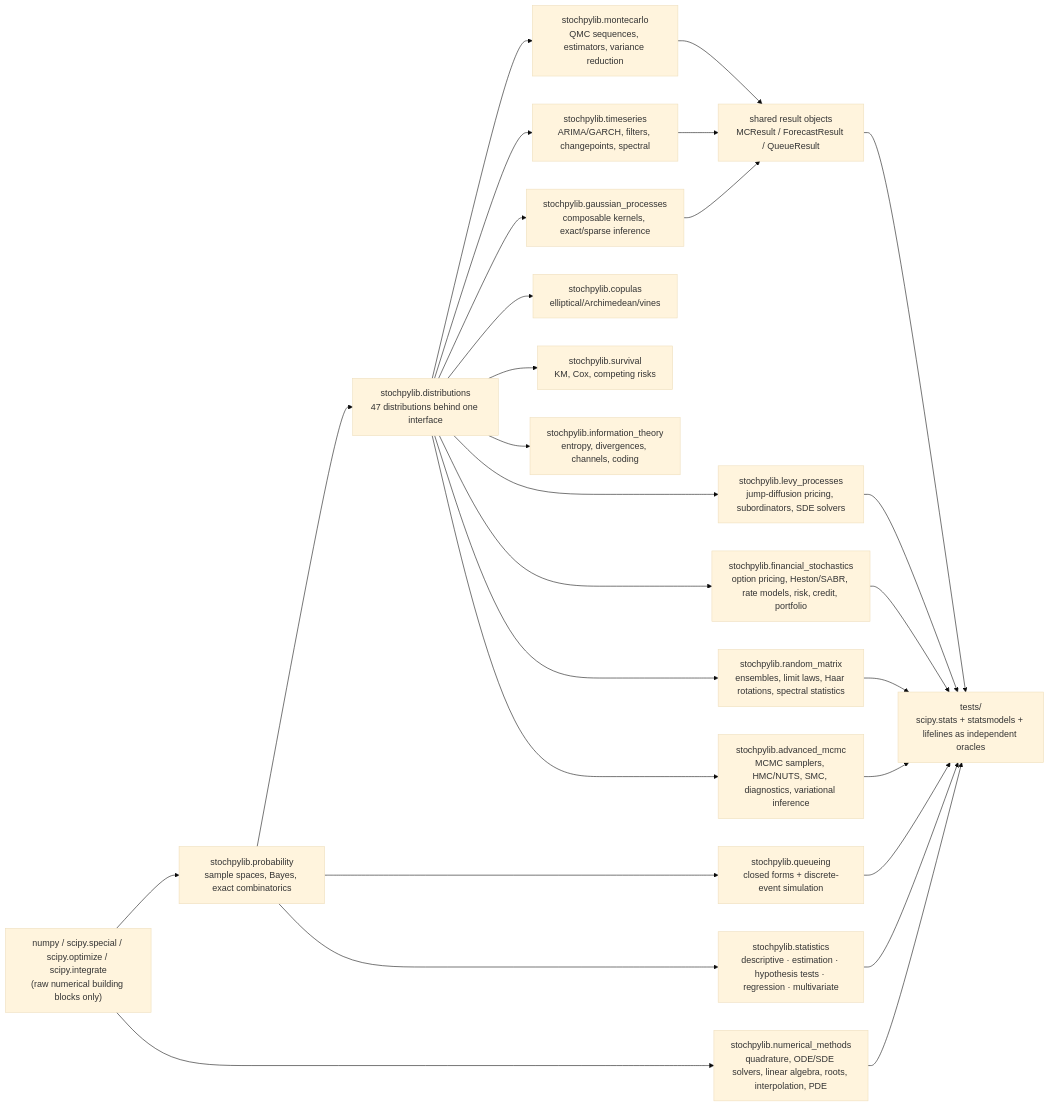
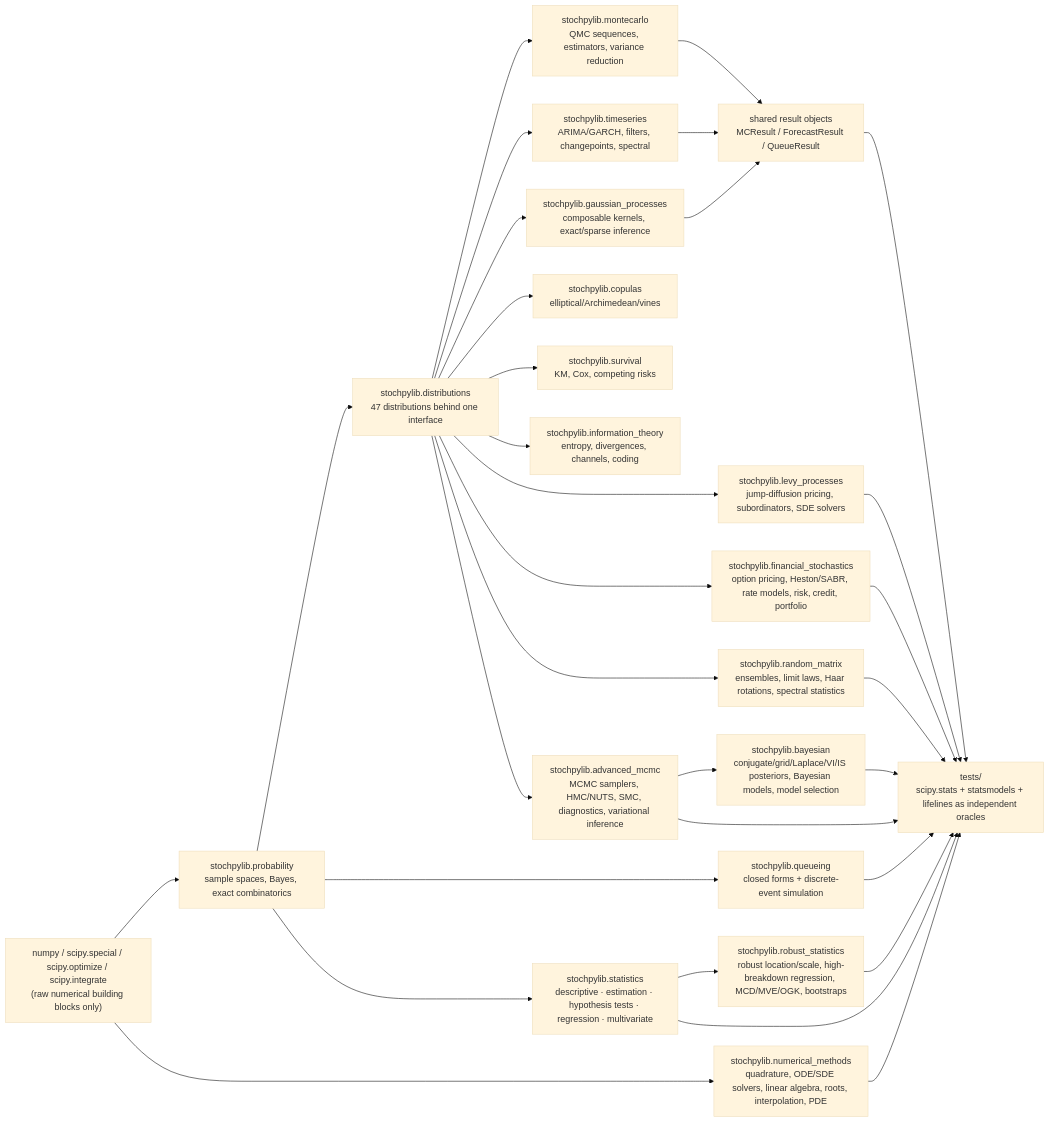
One commit to leon1706-lol/Stochpylib changed the first of 2 diagrams in README.md. Above: the diagram before and after it, drawn with Mermaid (base theme). The commit also changed other lines of this file and 33 other files, not shown here.

Commit message:
V0.14.0 robust_statistics

````diff
--- a/README.md
+++ b/README.md
@@ -238,29 +250,33 @@
 ```mermaid
 flowchart LR
     A["numpy / scipy.special / scipy.optimize / scipy.integrate<br/>(raw numerical building blocks only)"] --> B["stochpylib.probability<br/>sample spaces, Bayes, exact combinatorics"]
     B --> C["stochpylib.distributions<br/>47 distributions behind one interface"]
     C --> D["stochpylib.montecarlo<br/>QMC sequences, estimators, variance reduction"]
     C --> E["stochpylib.timeseries<br/>ARIMA/GARCH, filters, changepoints, spectral"]
     C --> F["stochpylib.gaussian_processes<br/>composable kernels, exact/sparse inference"]
     C --> G["stochpylib.copulas<br/>elliptical/Archimedean/vines"]
     C --> H["stochpylib.survival<br/>KM, Cox, competing risks"]
     B --> I["stochpylib.queueing<br/>closed forms + discrete-event simulation"]
     C --> J["stochpylib.information_theory<br/>entropy, divergences, channels, coding"]
     C --> M["stochpylib.levy_processes<br/>jump-diffusion pricing, subordinators, SDE solvers"]
     C --> N["stochpylib.financial_stochastics<br/>option pricing, Heston/SABR, rate models, risk, credit, portfolio"]
     B --> O["stochpylib.statistics<br/>descriptive · estimation · hypothesis tests · regression · multivariate"]
     C --> P["stochpylib.random_matrix<br/>ensembles, limit laws, Haar rotations, spectral statistics"]
     C --> Q["stochpylib.advanced_mcmc<br/>MCMC samplers, HMC/NUTS, SMC, diagnostics, variational inference"]
     A --> R["stochpylib.numerical_methods<br/>quadrature, ODE/SDE solvers, linear algebra, roots, interpolation, PDE"]
+    Q --> S["stochpylib.bayesian<br/>conjugate/grid/Laplace/VI/IS posteriors, Bayesian models, model selection"]
+    O --> T["stochpylib.robust_statistics<br/>robust location/scale, high-breakdown regression, MCD/MVE/OGK, bootstraps"]
     D --> K["shared result objects<br/>MCResult / ForecastResult / QueueResult"]
     E --> K
     F --> K
     K --> L["tests/<br/>scipy.stats + statsmodels + lifelines as independent oracles"]
     I --> L
     M --> L
     N --> L
     O --> L
     P --> L
     Q --> L
     R --> L
+    S --> L
+    T --> L
 ```
````
